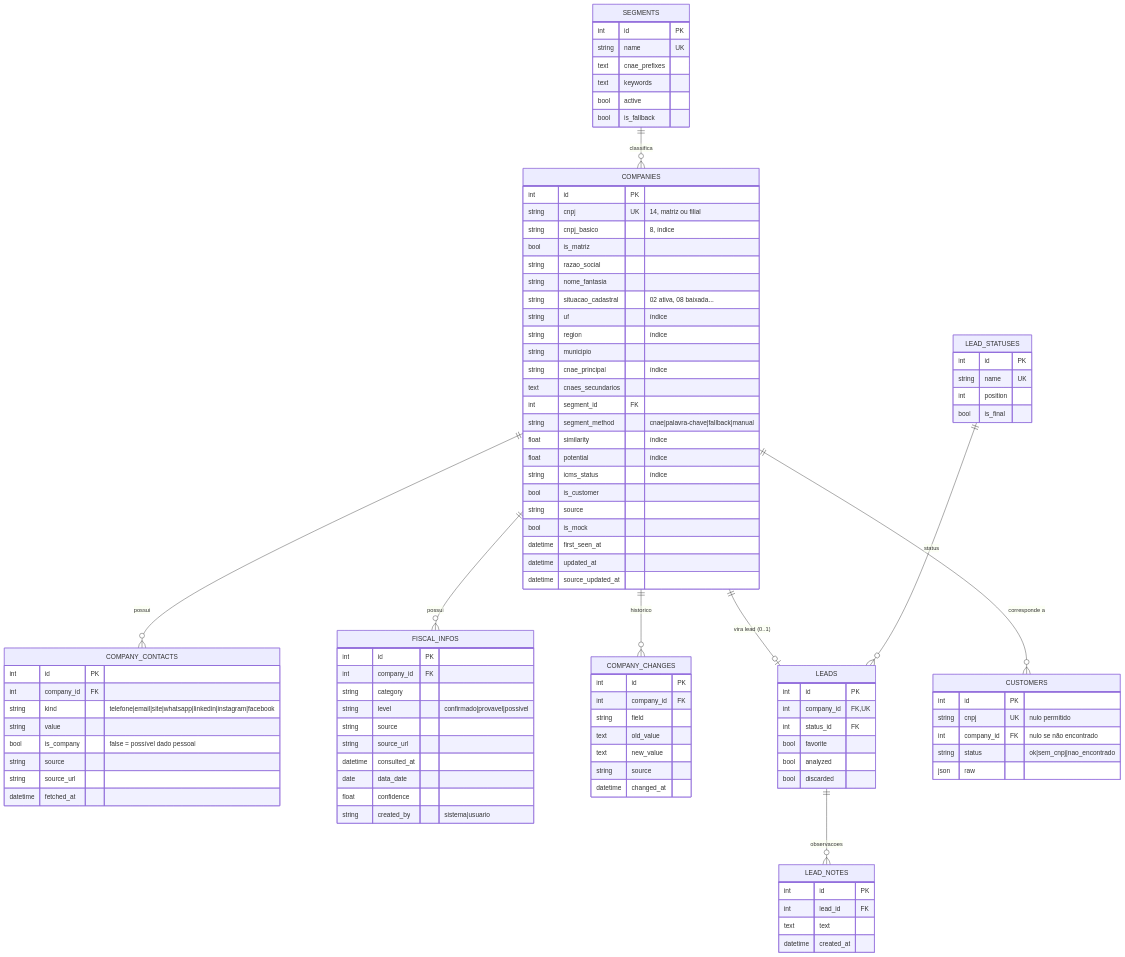
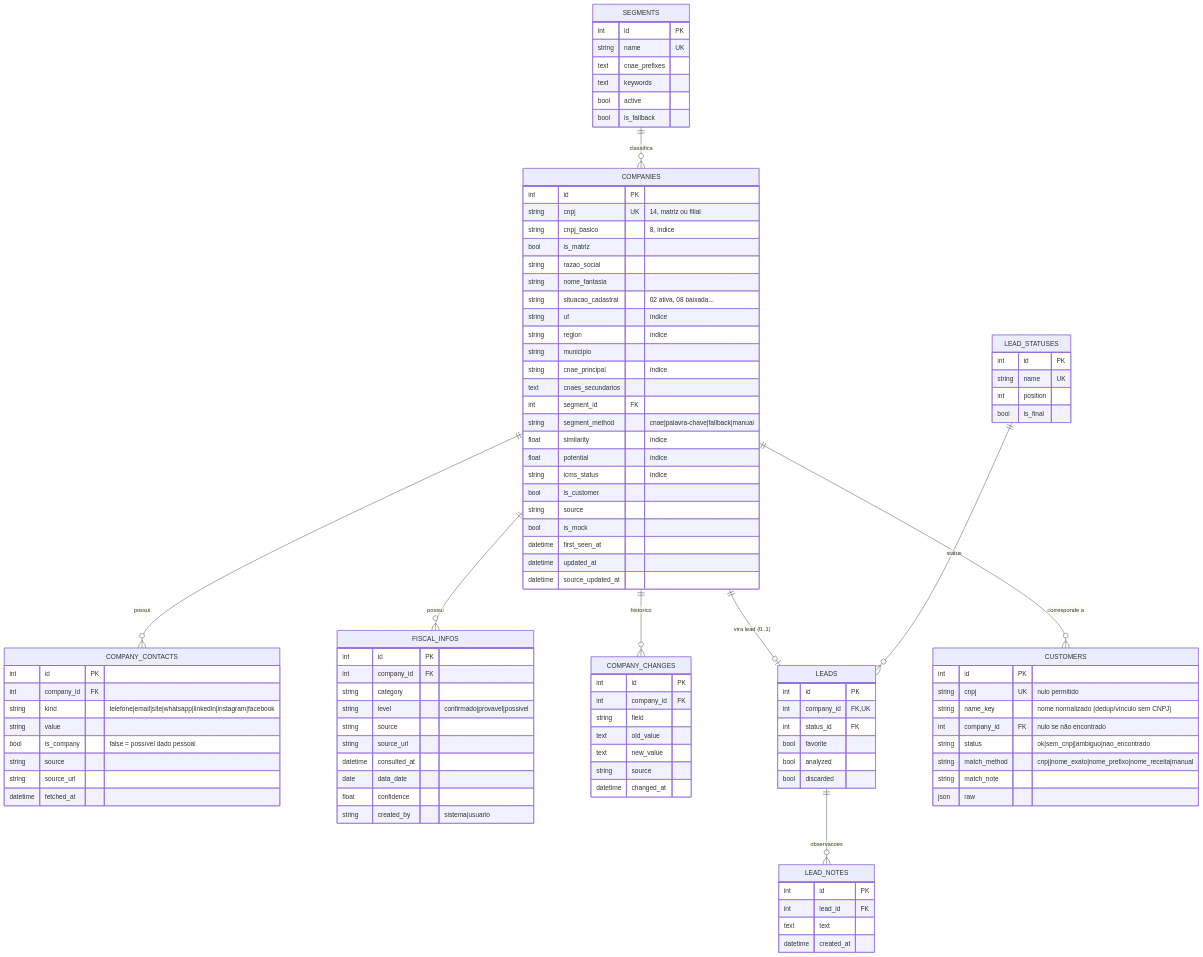
Before and after one commit to LittleMath06/skills-introduction-to-github: the diagram in docs/04-database.md, drawn with Mermaid. The commit also changed 5 other files, not shown here.

```diff
--- a/docs/04-database.md
+++ b/docs/04-database.md
@@ -89,8 +89,11 @@
     CUSTOMERS {
         int id PK
         string cnpj UK "nulo permitido"
+        string name_key "nome normalizado (dedup/vínculo sem CNPJ)"
         int company_id FK "nulo se não encontrado"
-        string status "ok|sem_cnpj|nao_encontrado"
+        string status "ok|sem_cnpj|ambiguo|nao_encontrado"
+        string match_method "cnpj|nome_exato|nome_prefixo|nome_receita|manual"
+        string match_note
         json raw
     }
     LEADS {
```
